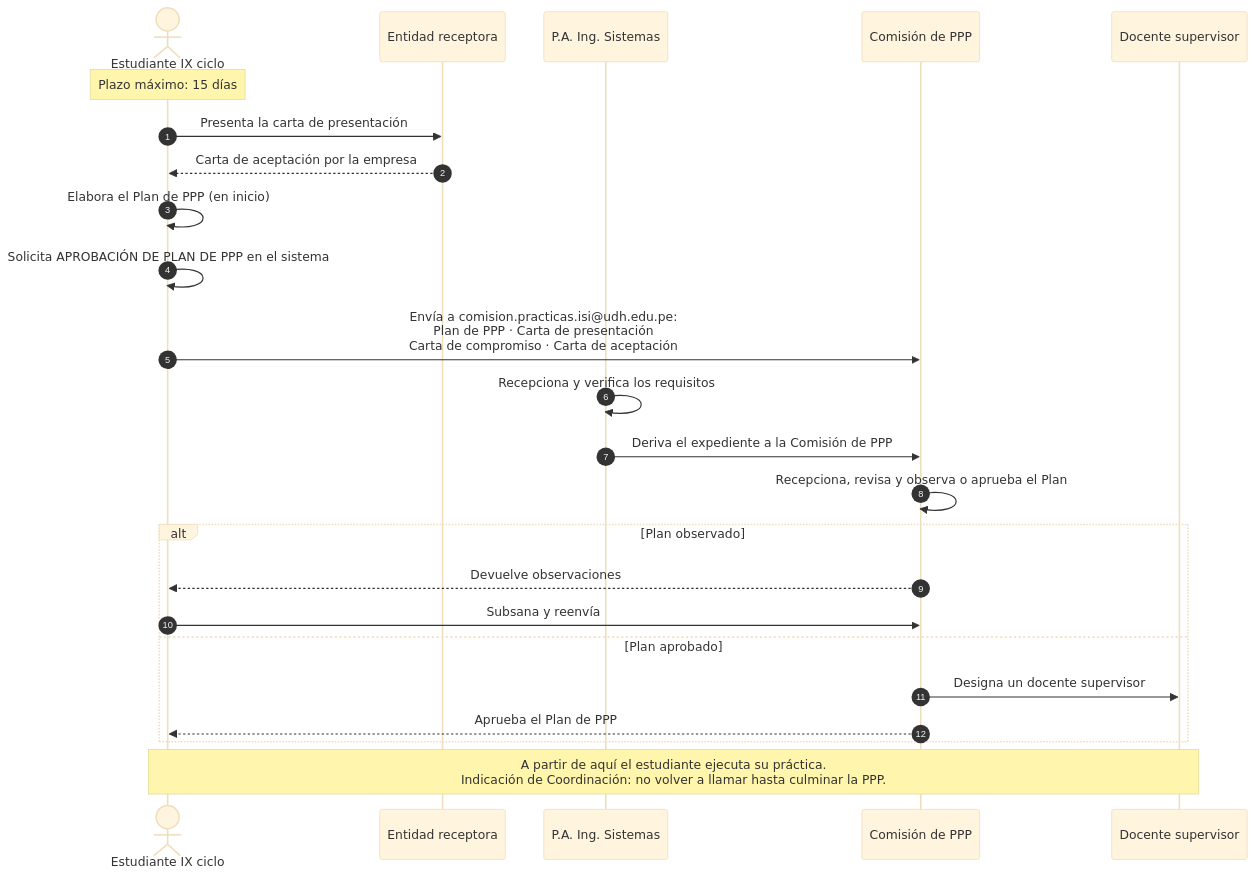
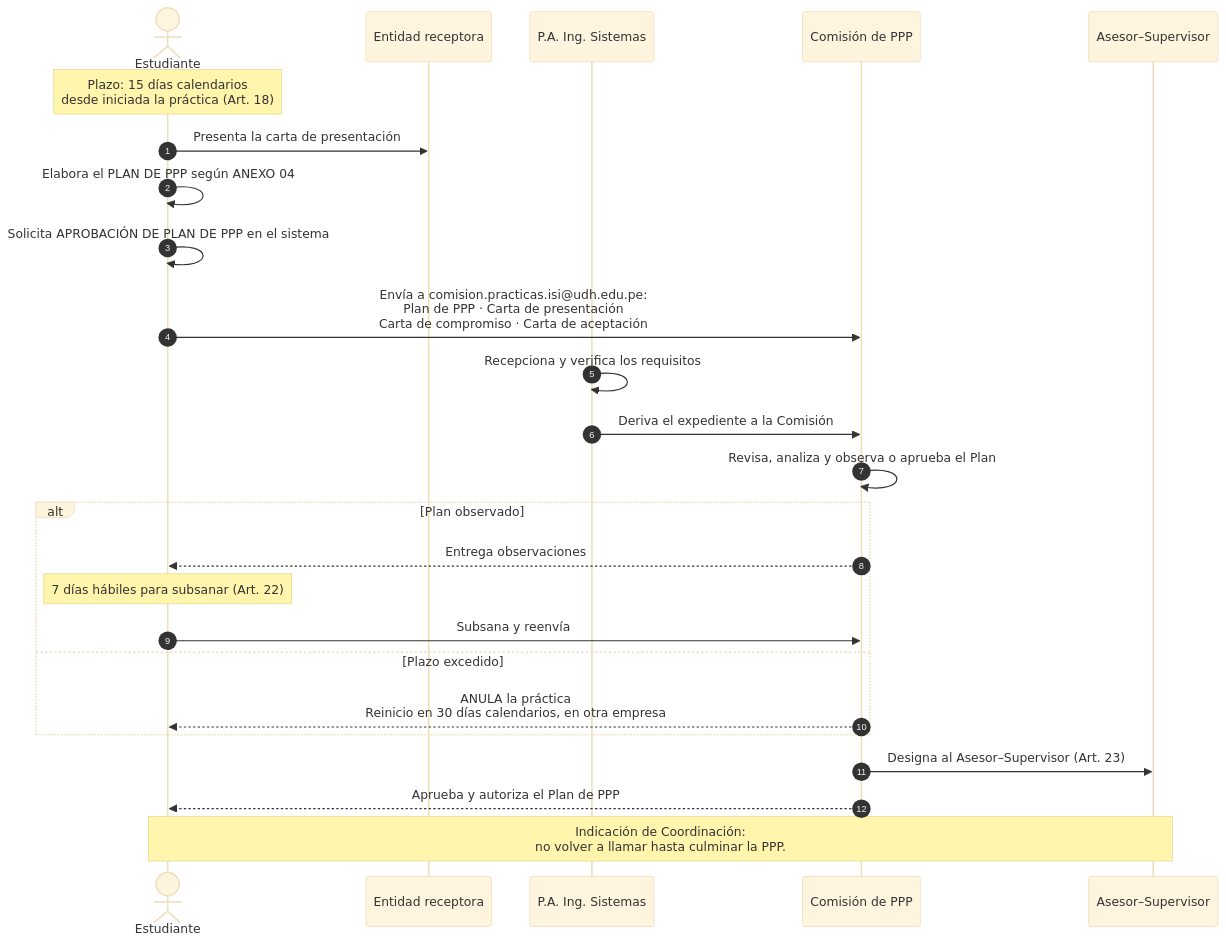
One commit to adlerOmonte1/RepositorioMD changed the third of 6 diagrams in procesoPPP.md. Above: the diagram before and after it, drawn with Mermaid (base theme). The commit also changed other lines of this file, not shown here.

````diff
--- a/procesoPPP.md
+++ b/procesoPPP.md
@@ -103,33 +131,35 @@
 ```mermaid
 sequenceDiagram
     autonumber
-    actor EST as Estudiante IX ciclo
+    actor EST as Estudiante
     participant EMP as Entidad receptora
     participant PA as P.A. Ing. Sistemas
     participant COM as Comisión de PPP
-    participant SUP as Docente supervisor
+    participant SUP as Asesor–Supervisor
 
-    Note over EST: Plazo máximo: 15 días
+    Note over EST: Plazo: 15 días calendarios<br/>desde iniciada la práctica (Art. 18)
 
     EST->>EMP: Presenta la carta de presentación
-    EMP-->>EST: Carta de aceptación por la empresa
-    EST->>EST: Elabora el Plan de PPP (en inicio)
+    EST->>EST: Elabora el PLAN DE PPP según ANEXO 04
 
     EST->>EST: Solicita APROBACIÓN DE PLAN DE PPP en el sistema
     EST->>COM: Envía a comision.practicas.isi@udh.edu.pe:<br/>Plan de PPP · Carta de presentación<br/>Carta de compromiso · Carta de aceptación
 
     PA->>PA: Recepciona y verifica los requisitos
-    PA->>COM: Deriva el expediente a la Comisión de PPP
+    PA->>COM: Deriva el expediente a la Comisión
 
-    COM->>COM: Recepciona, revisa y observa o aprueba el Plan
+    COM->>COM: Revisa, analiza y observa o aprueba el Plan
 
     alt Plan observado
-        COM-->>EST: Devuelve observaciones
+        COM-->>EST: Entrega observaciones
+        Note over EST: 7 días hábiles para subsanar (Art. 22)
         EST->>COM: Subsana y reenvía
-    else Plan aprobado
-        COM->>SUP: Designa un docente supervisor
-        COM-->>EST: Aprueba el Plan de PPP
+    else Plazo excedido
+        COM-->>EST: ANULA la práctica<br/>Reinicio en 30 días calendarios, en otra empresa
     end
 
-    Note over EST,SUP: A partir de aquí el estudiante ejecuta su práctica.<br/>Indicación de Coordinación: no volver a llamar hasta culminar la PPP.
+    COM->>SUP: Designa al Asesor–Supervisor (Art. 23)
+    COM-->>EST: Aprueba y autoriza el Plan de PPP
+
+    Note over EST,SUP: Indicación de Coordinación:<br/>no volver a llamar hasta culminar la PPP.
 ```
````
